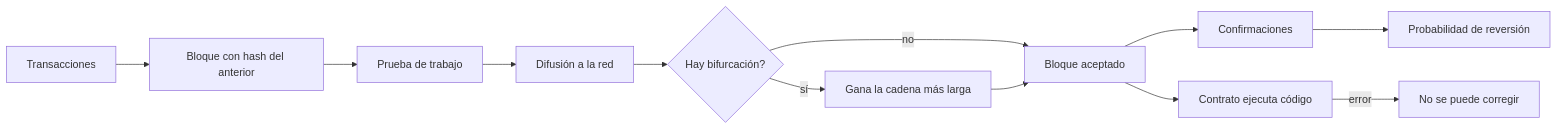
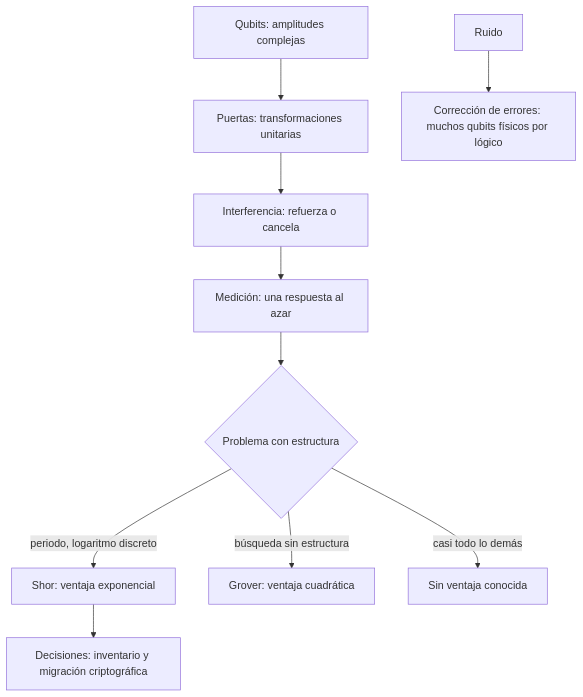
Before and after one commit to vladimiracunadev-create/modern-software-engineering-program: the diagram in content/part-23/SE-284.md, drawn with Mermaid. The commit also changed other lines of this file and 5193 other files, not shown here.

````diff
--- a/content/part-23/SE-284.md
+++ b/content/part-23/SE-284.md
@@ -53,14 +57,12 @@
 ```mermaid
-flowchart LR
-    A[Transacciones] --> B[Bloque con hash del anterior]
-    B --> C[Prueba de trabajo]
-    C --> D[Difusión a la red]
-    D --> E{Hay bifurcación?}
-    E -->|sí| F[Gana la cadena más larga]
-    E -->|no| G[Bloque aceptado]
-    F --> G
-    G --> H[Confirmaciones]
-    H --> I[Probabilidad de reversión]
-    G --> J[Contrato ejecuta código]
-    J -->|error| K[No se puede corregir]
+flowchart TD
+    A[Qubits: amplitudes complejas] --> B[Puertas: transformaciones unitarias]
+    B --> C[Interferencia: refuerza o cancela]
+    C --> D[Medición: una respuesta al azar]
+    D --> E{Problema con estructura}
+    E -->|periodo, logaritmo discreto| F[Shor: ventaja exponencial]
+    E -->|búsqueda sin estructura| G[Grover: ventaja cuadrática]
+    E -->|casi todo lo demás| H[Sin ventaja conocida]
+    I[Ruido] --> J[Corrección de errores: muchos qubits físicos por lógico]
+    F --> K[Decisiones: inventario y migración criptográfica]
 ```
````
